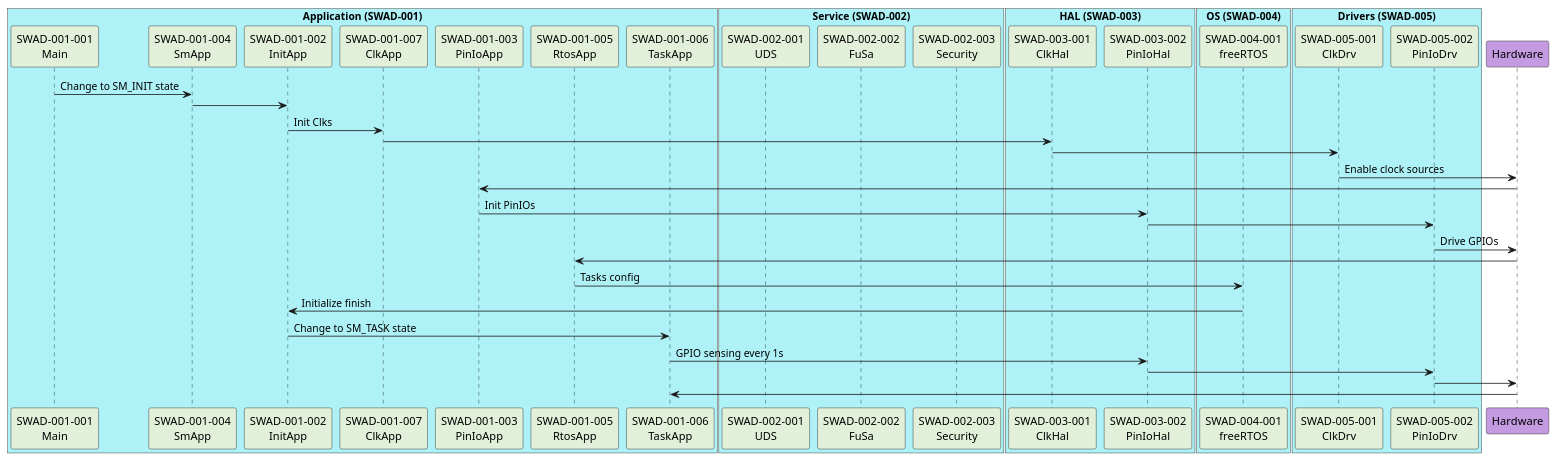
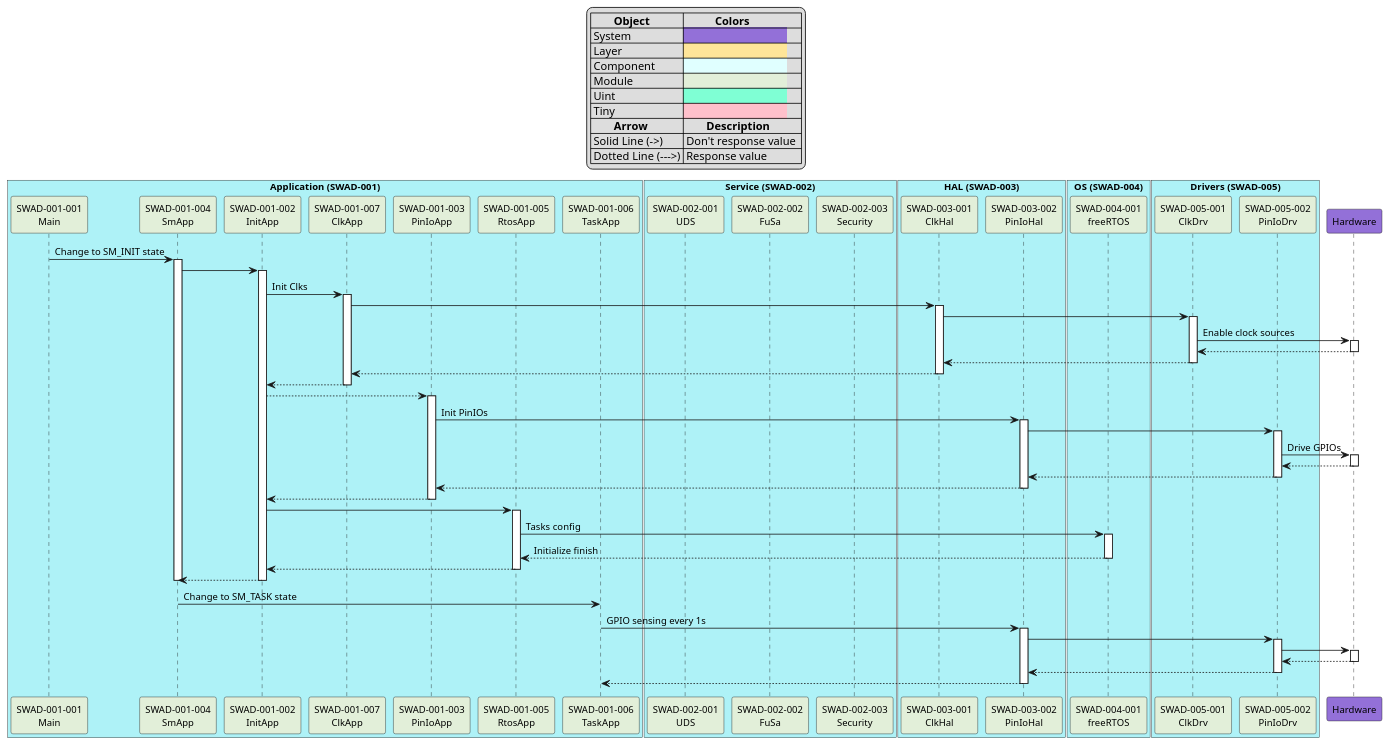
Before and after one commit to FdsLu/SwSeq: the diagram in Dynamic_Software_Architecture.plantuml, drawn with PlantUML. The commit also changed 2 other files, not shown here.

Commit message:
[Add] Life Time for Modules Process [Add] 1. Modules are changed to life time. 2. Add table description.
[Modify]
1. Change colors:
   (1) System : #DAE2F3 to #mediumpurple
   (2) Unit : #gainsboro to #aquamarine

```diff
--- a/Dynamic_Software_Architecture.plantuml
+++ b/Dynamic_Software_Architecture.plantuml
@@ -10,60 +10,122 @@
 @startuml
+'----- Table Description ----
+'Object Colors Setting
+skinparam defaultFontName Arial
+skinparam defaultFontSize 12
+legend top
+|=        Object  |=           Colors  |
+| System  |<back:mediumpurple>                                    |
+| Layer  |<back:#FEE599>                                    |
+| Component |<back:#lightcyan>                                    |
+| Module |<back:#E2EFD9>                                    |
+| Uint |<back:#aquamarine>                                    |
+| Tiny |<back:#pink>                                    |
+'Arrow Function
+|=        Arrow |=        Description |
+| Solid Line (->) | Don't response value  |
+| Dotted Line (--->) | Response value |
+endlegend
+
 '---- Define "Application" component and colors ----
 box "Application (SWAD-001)" #aef2f7
 participant "SWAD-001-001\nMain" as Main #E2EFD9
 participant "SWAD-001-004\nSmApp" as SmApp #E2EFD9
 participant "SWAD-001-002\nInitApp" as InitApp #E2EFD9
 participant "SWAD-001-007\nClkApp" as ClkApp #E2EFD9
 participant "SWAD-001-003\nPinIoApp" as PinIoApp #E2EFD9
 participant "SWAD-001-005\nRtosApp" as RtosApp #E2EFD9
 participant "SWAD-001-006\nTaskApp" as TaskApp #E2EFD9
 end box
 
 '---- Define "Service" component--------------------
 box "Service (SWAD-002)" #aef2f7
 participant "SWAD-002-001\nUDS" as UDS #E2EFD9
 participant "SWAD-002-002\nFuSa" as FuSa #E2EFD9
 participant "SWAD-002-003\nSecurity" as Security #E2EFD9
 end box
 
 '---- Define "HAL" component -----------------------
 box "HAL (SWAD-003)" #aef2f7
 participant "SWAD-003-001\nClkHal" as ClkHal #E2EFD9
 participant "SWAD-003-002\nPinIoHal" as PinIoHal #E2EFD9
 end box
 
 '---- Define "OS" component ------------------------
 box "OS (SWAD-004)" #aef2f7
 participant "SWAD-004-001\nfreeRTOS" as freeRTOS #E2EFD9
 end box
 
 '---- Define "Drivers" component -------------------
 box "Drivers (SWAD-005)" #aef2f7
 participant "SWAD-005-001\nClkDrv" as ClkDrv #E2EFD9
 participant "SWAD-005-002\nPinIoDrv" as PinIoDrv #E2EFD9
 end box
 
 '---- Define "Hardware" layer ----------------------
-participant Hardware #C49BE1
+participant Hardware #mediumpurple
 
 '---- Plan modules sequence-------------------------
 Main -> SmApp: Change to SM_INIT state
+activate SmApp
 SmApp -> InitApp
+activate InitApp
 InitApp -> ClkApp: Init Clks
+activate ClkApp
 ClkApp -> ClkHal
+activate ClkHal
 ClkHal -> ClkDrv
+activate  ClkDrv
 ClkDrv -> Hardware: Enable clock sources
-Hardware -> PinIoApp 
+activate Hardware
+Hardware --> ClkDrv
+deactivate Hardware
+ClkDrv --> ClkHal
+deactivate ClkDrv 
+ClkHal --> ClkApp
+deactivate ClkHal 
+ClkApp --> InitApp
+deactivate ClkApp 
+InitApp -->PinIoApp 
+activate PinIoApp 
 PinIoApp -> PinIoHal: Init PinIOs
+activate PinIoHal
 PinIoHal -> PinIoDrv
+activate PinIoDrv
 PinIoDrv -> Hardware: Drive GPIOs
-Hardware -> RtosApp
+activate Hardware
+Hardware --> PinIoDrv 
+deactivate Hardware
+PinIoDrv --> PinIoHal
+deactivate PinIoDrv
+PinIoHal --> PinIoApp
+deactivate PinIoHal
+PinIoApp --> InitApp
+deactivate PinIoApp 
+InitApp -> RtosApp
+activate  RtosApp
 RtosApp -> freeRTOS: Tasks config
-freeRTOS -> InitApp: Initialize finish
-InitApp -> TaskApp: Change to SM_TASK state
+activate freeRTOS
+freeRTOS --> RtosApp: Initialize finish
+deactivate freeRTOS
+RtosApp --> InitApp
+deactivate RtosApp
+
+InitApp --> SmApp
+deactivate InitApp
+deactivate SmApp
+SmApp -> TaskApp: Change to SM_TASK state
+
 TaskApp -> PinIoHal: GPIO sensing every 1s
+activate PinIoHal
 PinIoHal -> PinIoDrv
+activate PinIoDrv
 PinIoDrv -> Hardware
-Hardware -> TaskApp
+activate Hardware
+Hardware --> PinIoDrv
+deactivate Hardware
+PinIoDrv --> PinIoHal
+deactivate PinIoDrv
+PinIoHal --> TaskApp 
+deactivate PinIoHal
 '---------------------------------------------------
 @enduml
```
